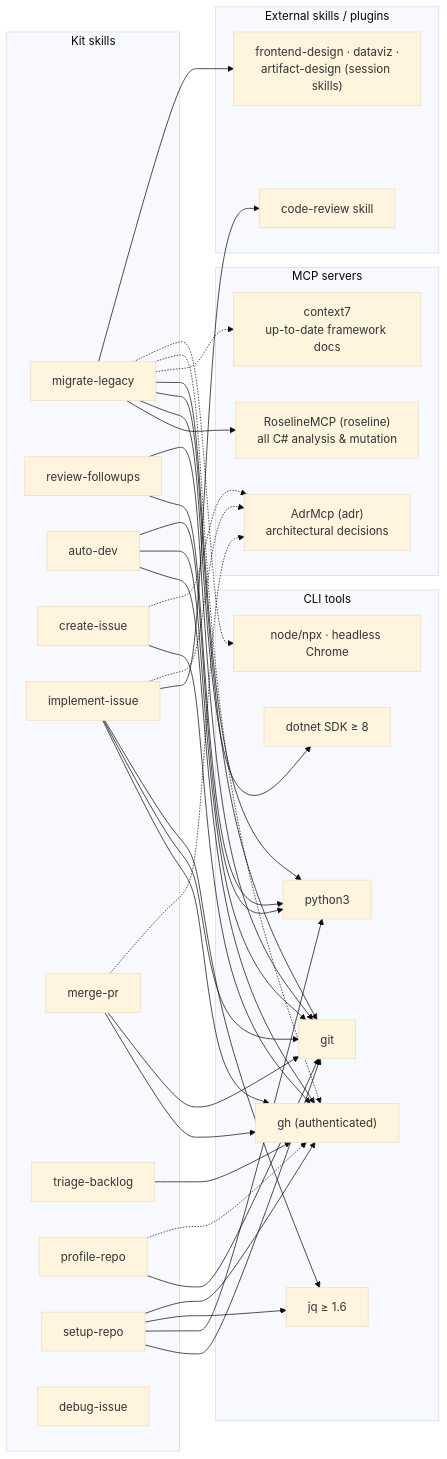
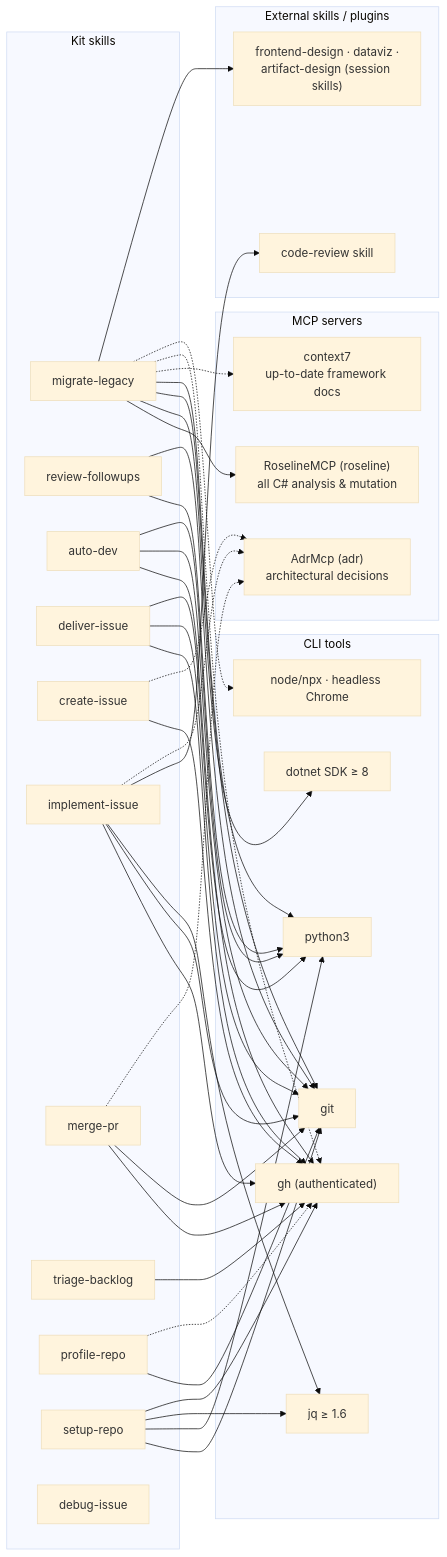
One commit to phmatray/ai-migration-kit changed the second of 2 diagrams in ARCHITECTURE.md. Above: the diagram before and after it, drawn with Mermaid (base theme). The commit also changed other lines of this file and 8 other files, not shown here.

First line of the commit message:
feat(skills): register deliver-issue — evals, hand-off row, graph, README, boundary, area

````diff
--- a/ARCHITECTURE.md
+++ b/ARCHITECTURE.md
@@ -106,74 +112,79 @@
 ```mermaid
 graph LR
     subgraph skills ["Kit skills"]
         LU[migrate-legacy]
         FU[review-followups]
         AD[auto-dev]
+        DL[deliver-issue]
         CI[create-issue]
         II[implement-issue]
         MP[merge-pr]
         TB[triage-backlog]
         RP[profile-repo]
         SR[setup-repo]
         SD[debug-issue]
     end
 
     subgraph mcp ["MCP servers"]
         ROS["RoselineMCP (roseline)<br>all C# analysis & mutation"]
         C7["context7<br>up-to-date framework docs"]
         ADR["AdrMcp (adr)<br>architectural decisions"]
     end
 
     subgraph ext ["External skills / plugins"]
         CR["code-review skill"]
         FD["frontend-design · dataviz ·<br>artifact-design (session skills)"]
     end
 
     subgraph tools ["CLI tools"]
         GH["gh (authenticated)"]
         DN["dotnet SDK ≥ 8"]
         PY["python3"]
         GIT["git"]
         JQ["jq ≥ 1.6"]
         NODE["node/npx · headless Chrome"]
     end
 
     LU --> ROS
     LU --> DN
     LU --> GIT
     LU --> PY
     LU -.-> C7
     LU -.-> GH
     LU -.-> NODE
     LU --> FD
 
     FU --> PY
     FU --> GIT
 
     CI --> GH
     CI -.-> ADR
 
     II --> GH
     II --> GIT
     II --> JQ
     II --> CR
     II -.-> ADR
 
     MP --> GH
     MP --> GIT
     MP -.-> ADR
 
     TB --> GH
 
     RP --> GIT
     RP -.-> GH
 
     SR --> GIT
     SR --> PY
     SR --> JQ
     SR --> GH
 
     AD --> GH
     AD --> GIT
     AD --> PY
+
+    DL --> GH
+    DL --> GIT
+    DL --> PY
 ```
````
